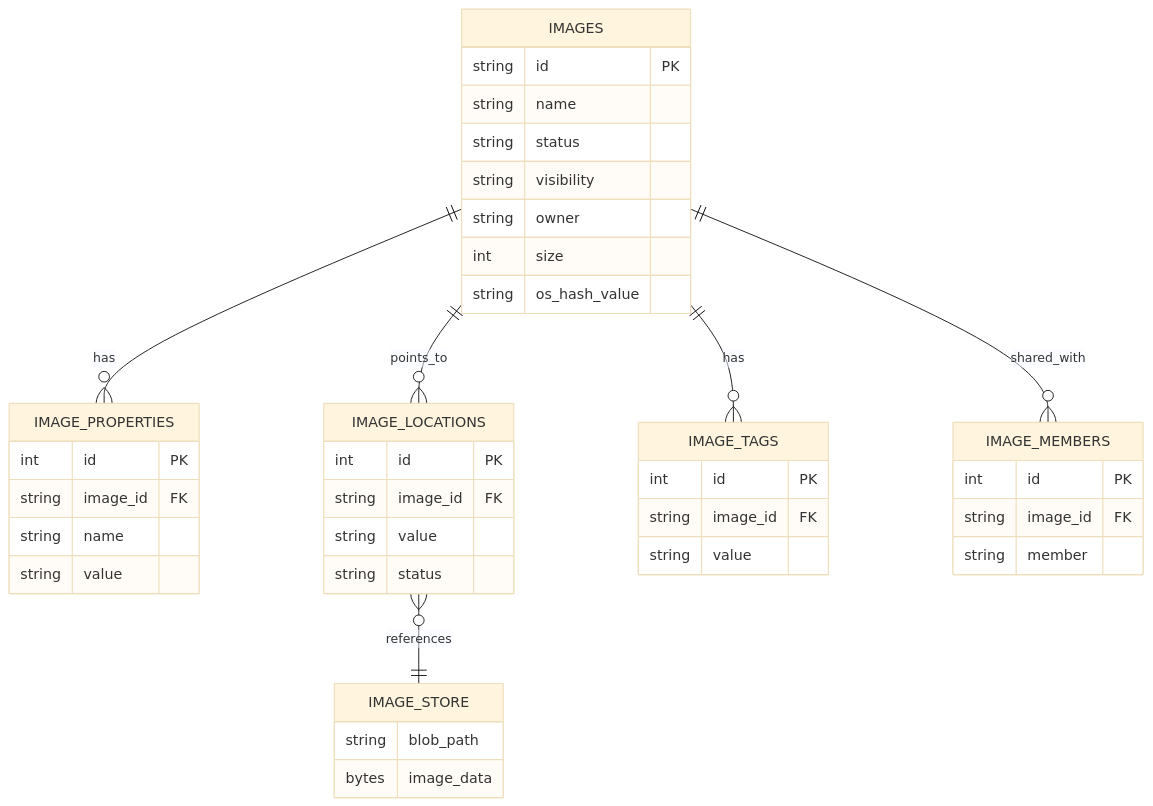
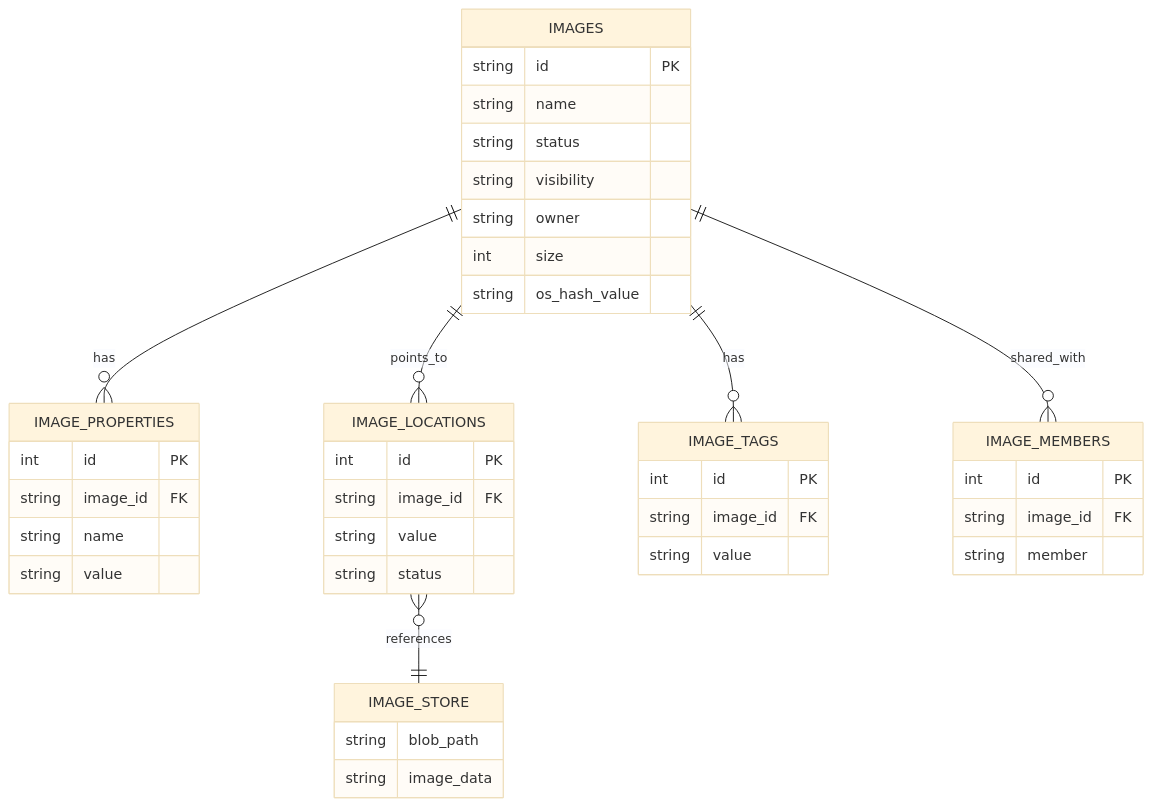
One commit to PaoloCastanon/modules-devstack-optimized changed the diagram in docs/sprint2/diagrams/glance-data-model.mmd. Above: the diagram before and after it, drawn with Mermaid (base theme). The commit also changed 9 other files, not shown here.

```diff
--- a/docs/sprint2/diagrams/glance-data-model.mmd
+++ b/docs/sprint2/diagrams/glance-data-model.mmd
@@ -1,29 +1,41 @@
 erDiagram
   IMAGES ||--o{ IMAGE_PROPERTIES : has
   IMAGES ||--o{ IMAGE_LOCATIONS : points_to
   IMAGES ||--o{ IMAGE_TAGS : has
   IMAGES ||--o{ IMAGE_MEMBERS : shared_with
   IMAGE_LOCATIONS }o--|| IMAGE_STORE : references
-  IMAGES { string id PK
+  IMAGES {
+    string id PK
     string name
     string status
     string visibility
     string owner
     int size
-    string os_hash_value }
-  IMAGE_PROPERTIES { int id PK
+    string os_hash_value
+  }
+  IMAGE_PROPERTIES {
+    int id PK
     string image_id FK
     string name
-    string value }
-  IMAGE_LOCATIONS { int id PK
+    string value
+  }
+  IMAGE_LOCATIONS {
+    int id PK
     string image_id FK
     string value
-    string status }
-  IMAGE_TAGS { int id PK
+    string status
+  }
+  IMAGE_TAGS {
+    int id PK
     string image_id FK
-    string value }
-  IMAGE_MEMBERS { int id PK
+    string value
+  }
+  IMAGE_MEMBERS {
+    int id PK
     string image_id FK
-    string member }
-  IMAGE_STORE { string blob_path
-    bytes image_data }
+    string member
+  }
+  IMAGE_STORE {
+    string blob_path
+    string image_data
+  }
```
